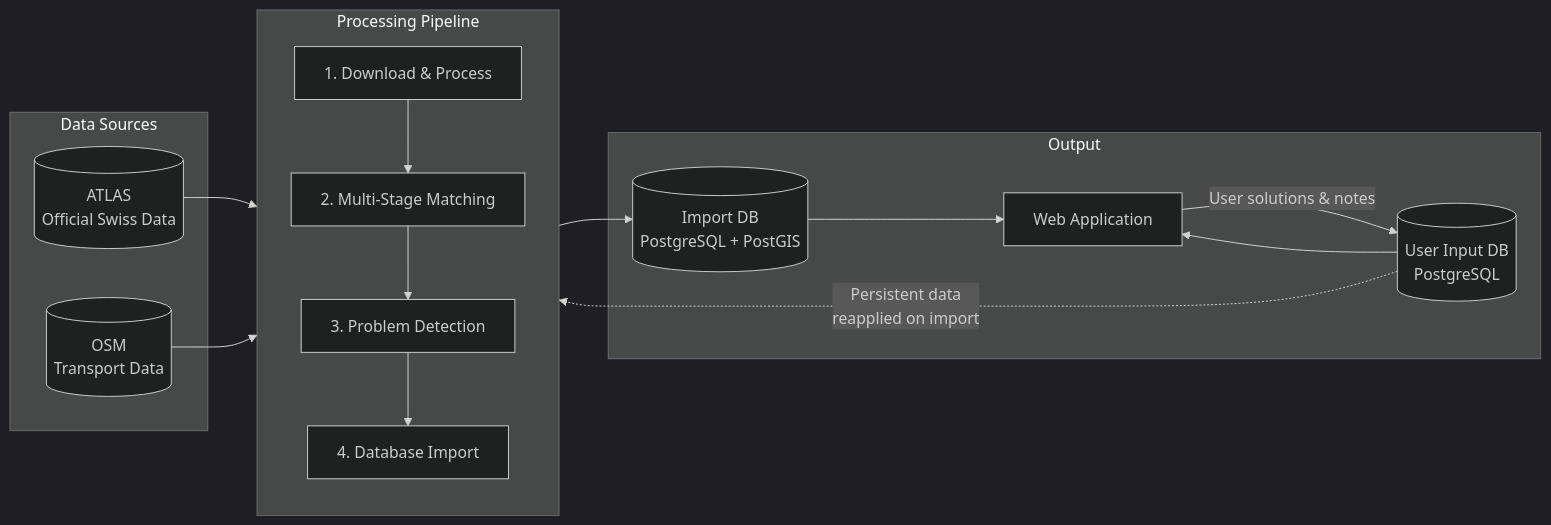
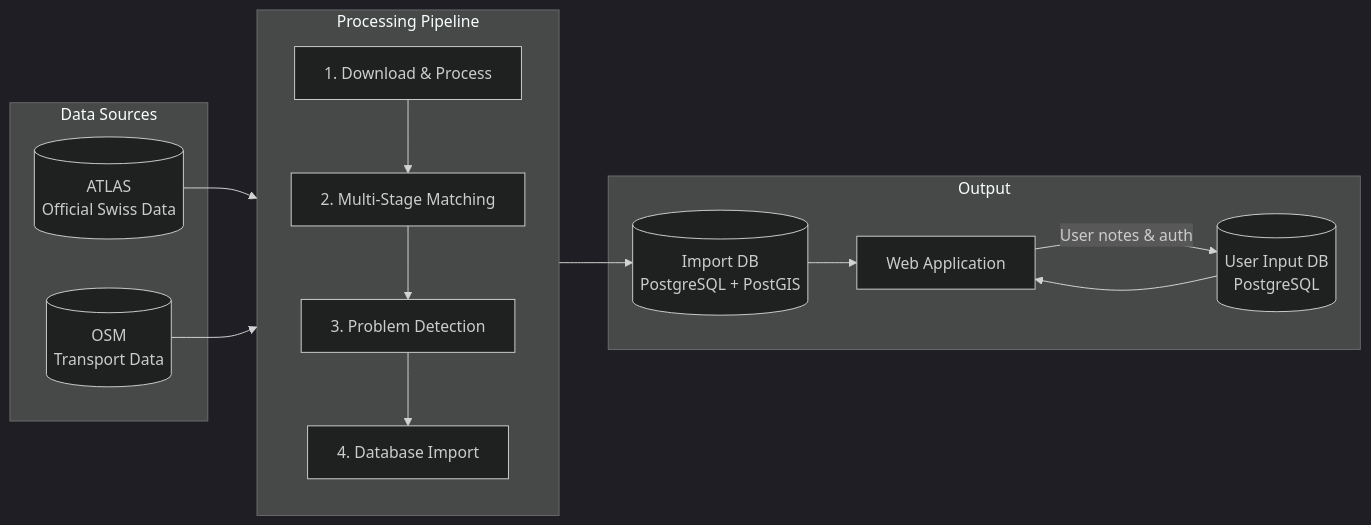
Before and after one commit to openTdataCH/stop_sync_osm_atlas: the diagram in documentation/0. Intro.md, drawn with Mermaid (dark theme). The commit also changed other lines of this file and 35 other files, not shown here.

````diff
--- a/documentation/0. Intro.md
+++ b/documentation/0. Intro.md
@@ -33,30 +33,29 @@
 ```mermaid
 flowchart LR
     subgraph Sources["Data Sources"]
         A[("ATLAS<br/>Official Swiss Data")]
         O[("OSM<br/>Transport Data")]
     end
 
     subgraph Pipeline["Processing Pipeline"]
         direction TB
         D["1. Download & Process"]
         M["2. Multi-Stage Matching"]
         P["3. Problem Detection"]
         I["4. Database Import"]
         D --> M --> P --> I
     end
 
     subgraph Output["Output"]
         IDB[("Import DB<br/>PostgreSQL + PostGIS")]
         UIB[("User Input DB<br/>PostgreSQL")]
         W["Web Application"]
         IDB --> W
         UIB --> W
     end
 
     A --> D
     O --> D
     I --> IDB
-    W -->|"User solutions &amp; notes"| UIB
-    UIB -.->|"Persistent data<br/>reapplied on import"| M
+    W -->|"User notes &amp; auth"| UIB
 ```
````
